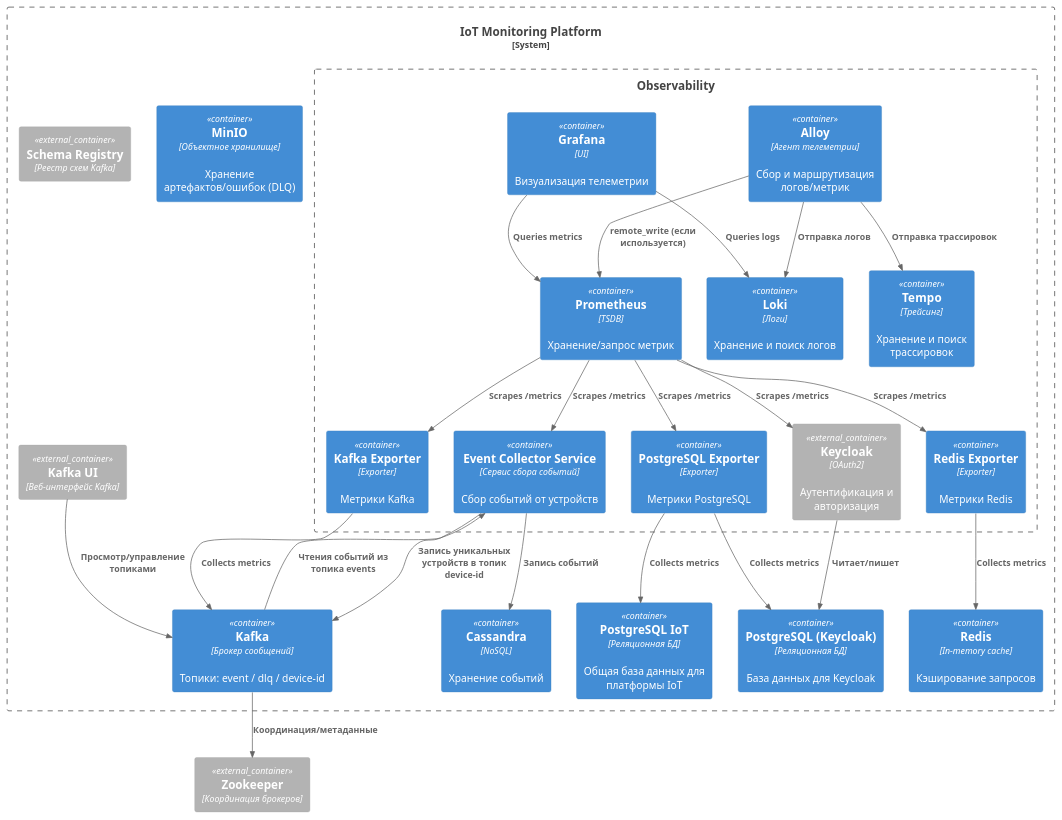
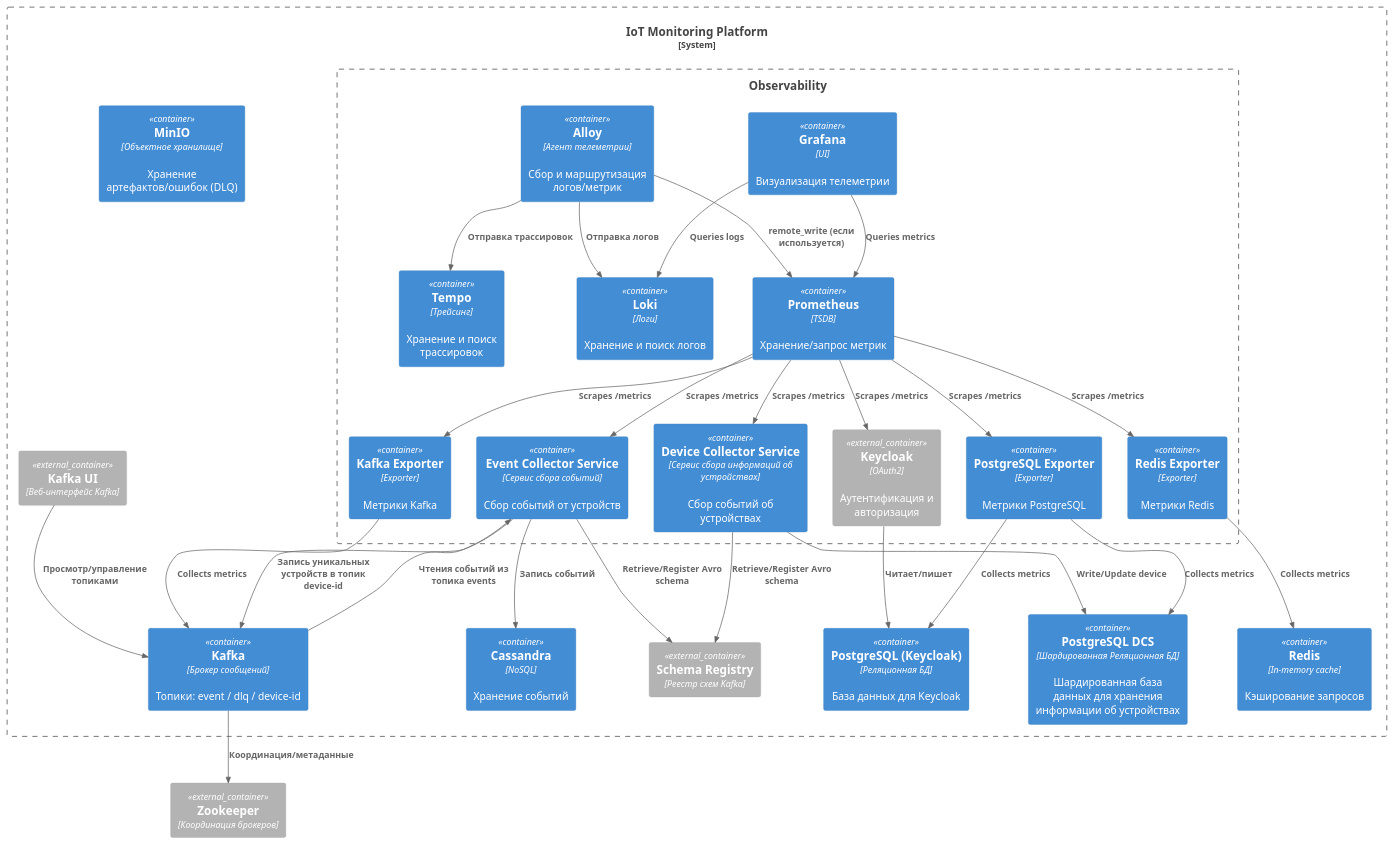
One commit to Ussopmm/iot-platform changed the diagram in diagrams/containers.puml. Above: the diagram before and after it, drawn with PlantUML. The commit also changed 5 other files, not shown here.

Commit message:
MODULE 3. Added component diagram for device collector service, edited container diagram and created new sequence diagram related to dc service

```diff
--- a/diagrams/containers.puml
+++ b/diagrams/containers.puml
@@ -2,62 +2,65 @@
 @startuml
 !includeurl https://raw.githubusercontent.com/plantuml-stdlib/C4-PlantUML/master/C4_Container.puml
 
 System_Boundary(platform, "IoT Monitoring Platform") {
     Container(postgresql_keycloak, "PostgreSQL (Keycloak)", "Реляционная БД", "База данных для Keycloak")
-    Container(postgresql_iot, "PostgreSQL IoT", "Реляционная БД", "Общая база данных для платформы IoT")
+    Container(postgresql_dcs, "PostgreSQL DCS", "Шардированная Реляционная БД", "Шардированная база данных для хранения информации об устройствах")
     Container(redis, "Redis", "In-memory cache", "Кэширование запросов")
     Container(cassandra_cluster, "Cassandra", "NoSQL", "Хранение событий")
     Container(kafka_cluster, "Kafka", "Брокер сообщений", "Топики: event / dlq / device-id")
     Container(minio, "MinIO", "Объектное хранилище", "Хранение артефактов/ошибок (DLQ)")
-'    Container(event_collector_service, "Event Collector Service", "Сервис сбора событий", "Сбор событий от устройств")
-'
-'    Container_Ext(keycloak, "Keycloak", "OAuth2", "Аутентификация и авторизация")
     Container_Ext(schema_registry, "Schema Registry", "Реестр схем Kafka")
     Container_Ext(kafka_ui, "Kafka UI", "Веб-интерфейс Kafka")
 
     Boundary(obs, "Observability") {
         Container(alloy, "Alloy", "Агент телеметрии", "Сбор и маршрутизация логов/метрик")
         Container(prometheus, "Prometheus", "TSDB", "Хранение/запрос метрик")
         Container(loki, "Loki", "Логи", "Хранение и поиск логов")
         Container(grafana, "Grafana", "UI", "Визуализация телеметрии")
         Container(tempo, "Tempo", "Трейсинг", "Хранение и поиск трассировок")
 
         Container(redis_exporter, "Redis Exporter", "Exporter", "Метрики Redis")
         Container(kafka_exporter, "Kafka Exporter", "Exporter", "Метрики Kafka")
         Container(postgres_exporter, "PostgreSQL Exporter", "Exporter", "Метрики PostgreSQL")
         Container(event_collector_service, "Event Collector Service", "Сервис сбора событий", "Сбор событий от устройств")
+        Container(device_collector_service, "Device Collector Service", "Сервис сбора информаций об устройствах", "Сбор событий об устройствах")
         Container_Ext(keycloak, "Keycloak", "OAuth2", "Аутентификация и авторизация")
 
     }
 }
 Container_Ext(zookeeper, "Zookeeper", "Координация брокеров")
 
 
 Rel(keycloak, postgresql_keycloak, "Читает/пишет")
 Rel(kafka_cluster, zookeeper, "Координация/метаданные")
 
 Rel(redis_exporter, redis, "Collects metrics")
 Rel(kafka_exporter, kafka_cluster, "Collects metrics")
-Rel(postgres_exporter, postgresql_iot, "Collects metrics")
+Rel(postgres_exporter, postgresql_dcs, "Collects metrics")
 Rel(postgres_exporter, postgresql_keycloak, "Collects metrics")
 
 Rel(prometheus, redis_exporter, "Scrapes /metrics")
 Rel(prometheus, kafka_exporter, "Scrapes /metrics")
 Rel(prometheus, postgres_exporter, "Scrapes /metrics")
 Rel(prometheus, event_collector_service, "Scrapes /metrics")
+Rel(prometheus, device_collector_service, "Scrapes /metrics")
 Rel(prometheus, keycloak, "Scrapes /metrics")
 
 Rel(grafana, prometheus, "Queries metrics")
 Rel(grafana, loki, "Queries logs")
 
 Rel(alloy, loki, "Отправка логов")
 Rel(alloy, prometheus, "remote_write (если используется)")
 Rel(alloy, tempo, "Отправка трассировок")
 
 Rel(kafka_ui, kafka_cluster, "Просмотр/управление топиками")
 
 Rel(event_collector_service, kafka_cluster, "Запись уникальных устройств в топик device-id")
 Rel(kafka_cluster, event_collector_service, "Чтения событий из топика events")
 Rel(event_collector_service, cassandra_cluster, "Запись событий")
 
+Rel(device_collector_service, postgresql_dcs, "Write/Update device")
+Rel(device_collector_service, schema_registry, "Retrieve/Register Avro schema")
+Rel(event_collector_service, schema_registry, "Retrieve/Register Avro schema")
+
 @enduml
```
